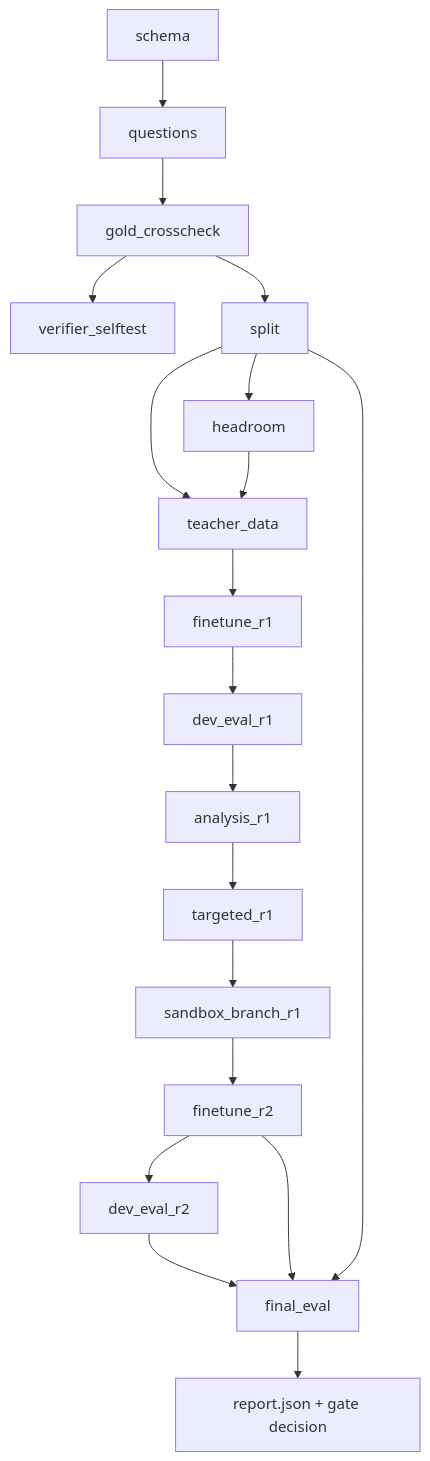
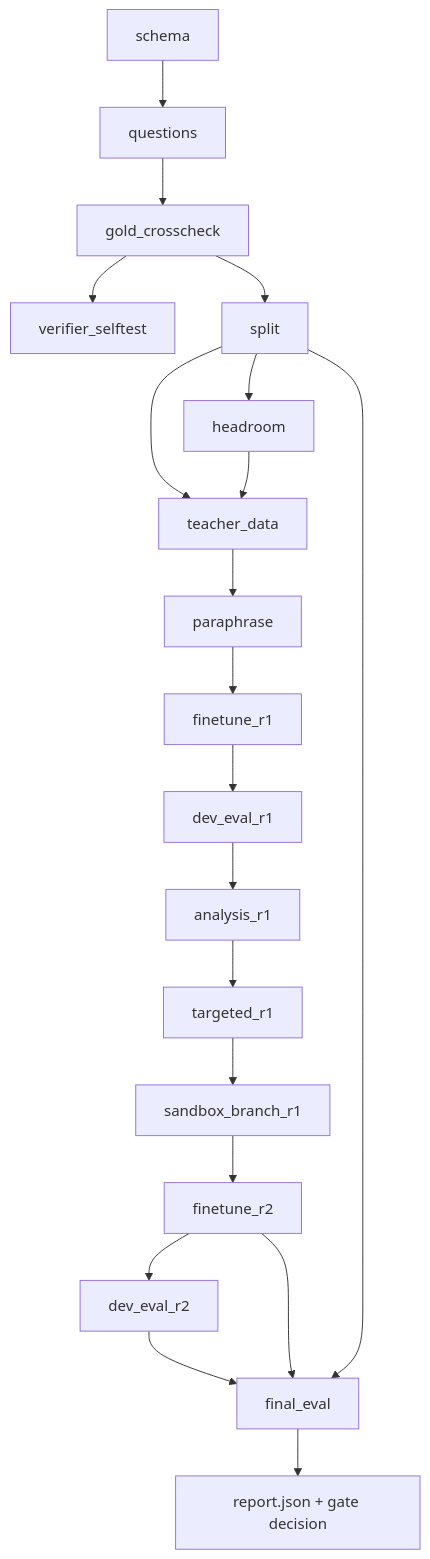
Before and after one commit to Auro-rium/distillery: the second of 4 diagrams in docs/ARCHITECTURE.md, drawn with Mermaid. The commit also changed other lines of this file and 2 other files, not shown here.

````diff
--- a/docs/ARCHITECTURE.md
+++ b/docs/ARCHITECTURE.md
@@ -69,17 +69,18 @@
 ```mermaid
 flowchart TD
     schema --> questions --> gold_crosscheck --> verifier_selftest
     gold_crosscheck --> split
     split --> headroom
     split --> teacher_data
     headroom --> teacher_data
-    teacher_data --> finetune_r1
+    teacher_data --> paraphrase
+    paraphrase --> finetune_r1
     finetune_r1 --> dev_eval_r1
     dev_eval_r1 --> analysis_r1 --> targeted_r1 --> sandbox_branch_r1
     sandbox_branch_r1 --> finetune_r2
     finetune_r2 --> dev_eval_r2
     dev_eval_r2 --> final_eval
     finetune_r2 --> final_eval
     split --> final_eval
     final_eval --> report[report.json + gate decision]
 ```
````
